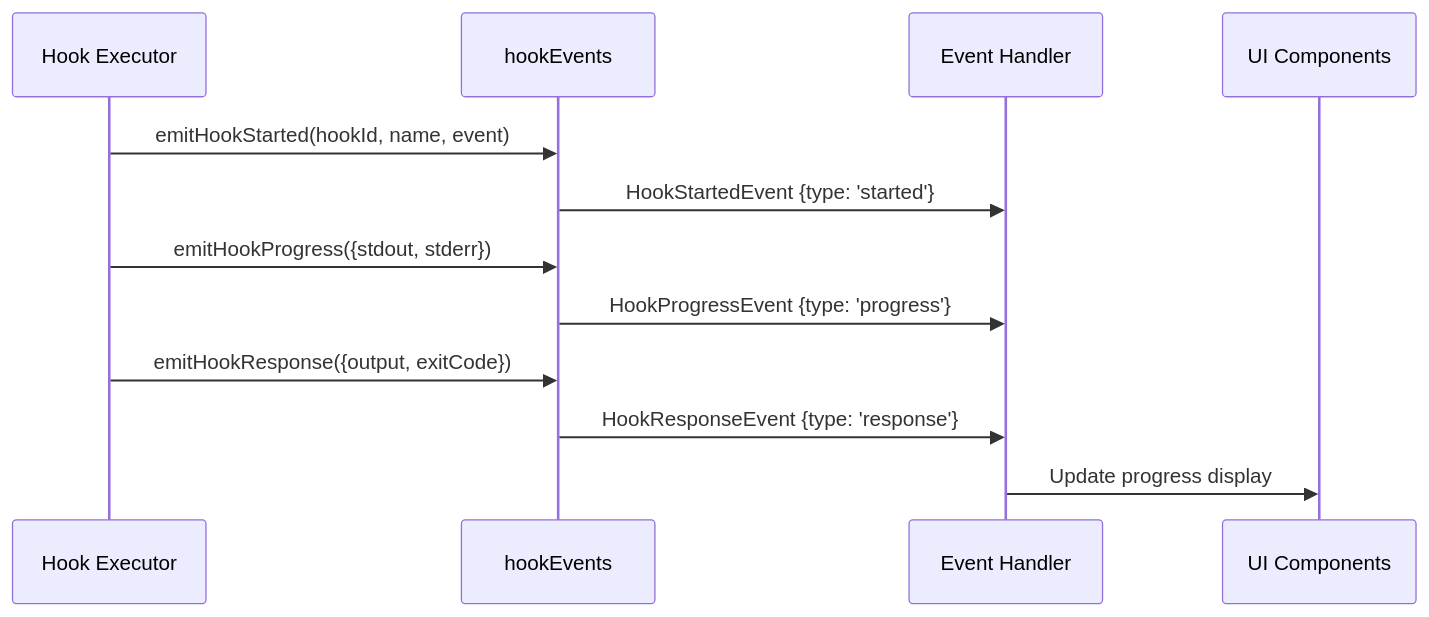
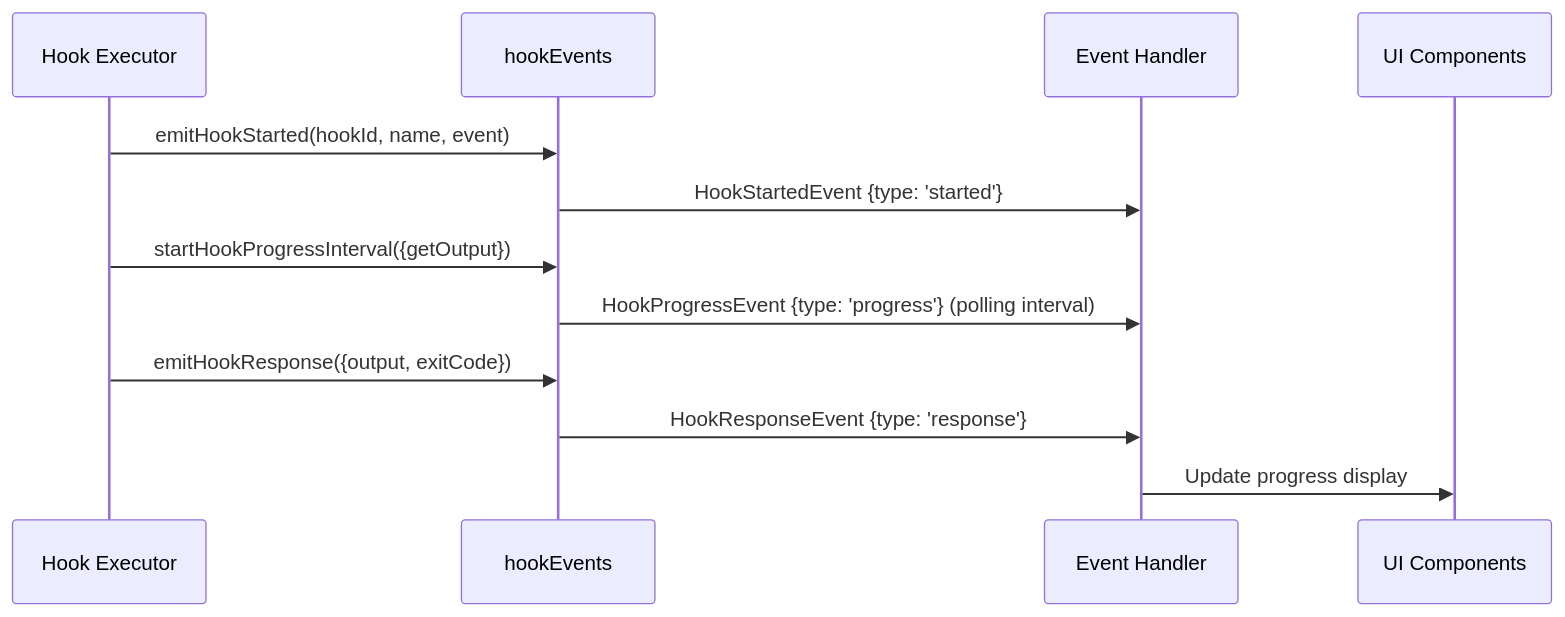
Before and after one commit to niuma996/claude-code-sourcemap-wiki: the fifth of 13 diagrams in .nium-wiki/wiki_en/core/hooks.md, drawn with Mermaid. The commit also changed other lines of this file and 19 other files, not shown here.

````diff
--- a/.nium-wiki/wiki_en/core/hooks.md
+++ b/.nium-wiki/wiki_en/core/hooks.md
@@ -173,15 +297,15 @@
 ```mermaid
 sequenceDiagram
     participant Source as Hook Executor
     participant Events as hookEvents
     participant Handler as Event Handler
     participant UI as UI Components
 
     Source->>Events: emitHookStarted(hookId, name, event)
     Events->>Handler: HookStartedEvent {type: 'started'}
-    Source->>Events: emitHookProgress({stdout, stderr})
-    Events->>Handler: HookProgressEvent {type: 'progress'}
+    Source->>Events: startHookProgressInterval({getOutput})
+    Events->>Handler: HookProgressEvent {type: 'progress'} (polling interval)
     Source->>Events: emitHookResponse({output, exitCode})
     Events->>Handler: HookResponseEvent {type: 'response'}
     Handler->>UI: Update progress display
 ```
````
